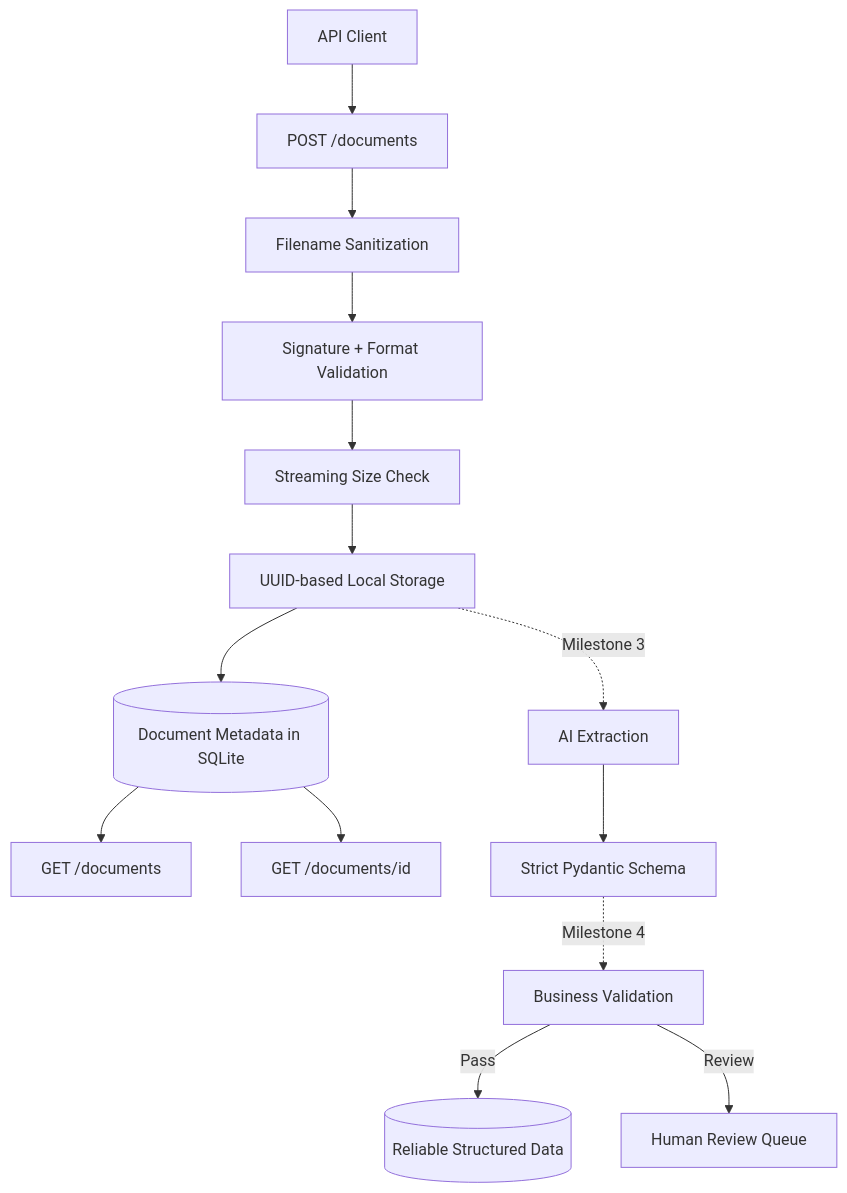
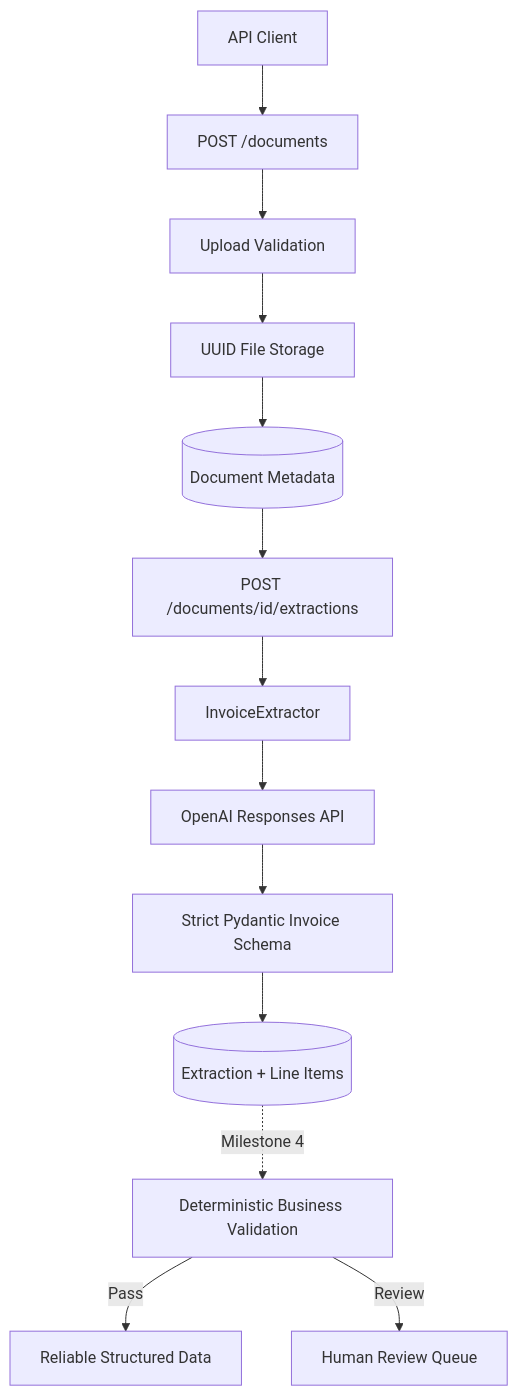
The diagram in README.md (mawellsy/ai-document-review), drawn with Mermaid before and after one commit. The commit also changed other lines of this file and 16 other files, not shown here.

Commit message:
feat: add AI document extraction

````diff
--- a/README.md
+++ b/README.md
@@ -47,17 +45,15 @@
 ```mermaid
 flowchart TD
     A[API Client] --> B[POST /documents]
-    B --> C[Filename Sanitization]
-    C --> D[Signature + Format Validation]
-    D --> E[Streaming Size Check]
-    E --> F[UUID-based Local Storage]
-    F --> G[(Document Metadata in SQLite)]
-    G --> H[GET /documents]
-    G --> I[GET /documents/id]
-
-    F -. Milestone 3 .-> J[AI Extraction]
-    J --> K[Strict Pydantic Schema]
-    K -. Milestone 4 .-> L[Business Validation]
-    L -->|Pass| M[(Reliable Structured Data)]
-    L -->|Review| N[Human Review Queue]
+    B --> C[Upload Validation]
+    C --> D[UUID File Storage]
+    D --> E[(Document Metadata)]
+    E --> F[POST /documents/id/extractions]
+    F --> G[InvoiceExtractor]
+    G --> H[OpenAI Responses API]
+    H --> I[Strict Pydantic Invoice Schema]
+    I --> J[(Extraction + Line Items)]
+    J -. Milestone 4 .-> K[Deterministic Business Validation]
+    K -->|Pass| L[Reliable Structured Data]
+    K -->|Review| M[Human Review Queue]
 ```
````
